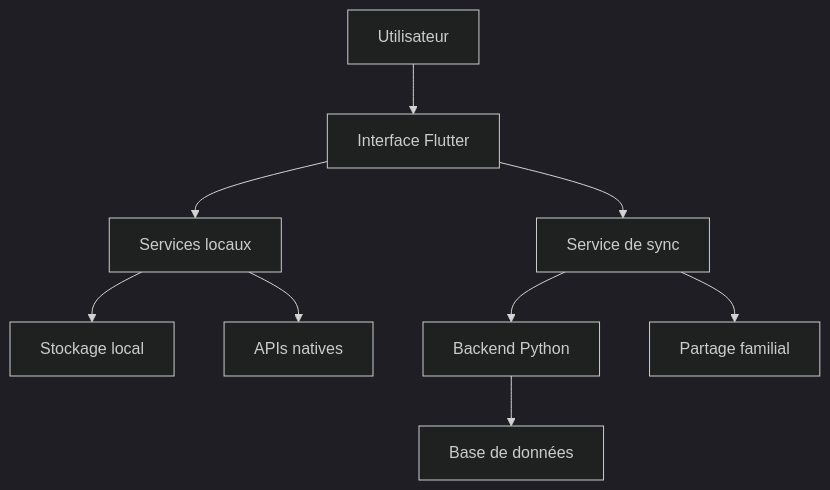
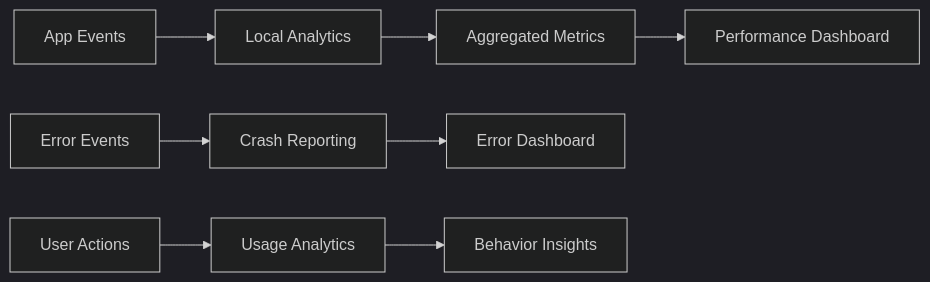
One commit to arkalia-luna-system/arkalia-cia changed the eighth of 8 diagrams in docs/ARCHITECTURE.md. Above: the diagram before and after it, drawn with Mermaid (dark theme). The commit also changed other lines of this file and 12 other files, not shown here.

````diff
--- a/docs/ARCHITECTURE.md
+++ b/docs/ARCHITECTURE.md
@@ -72,11 +390,12 @@
 ```mermaid
-graph TD
-    A[Utilisateur] --> B[Interface Flutter]
-    B --> C[Services locaux]
-    C --> D[Stockage local]
-    C --> E[APIs natives]
-    B --> F[Service de sync]
-    F --> G[Backend Python]
-    G --> H[Base de données]
-    F --> I[Partage familial]
+graph LR
+    A[App Events] --> B[Local Analytics]
+    B --> C[Aggregated Metrics]
+    C --> D[Performance Dashboard]
+
+    E[Error Events] --> F[Crash Reporting]
+    F --> G[Error Dashboard]
+
+    H[User Actions] --> I[Usage Analytics]
+    I --> J[Behavior Insights]
 ```
````
